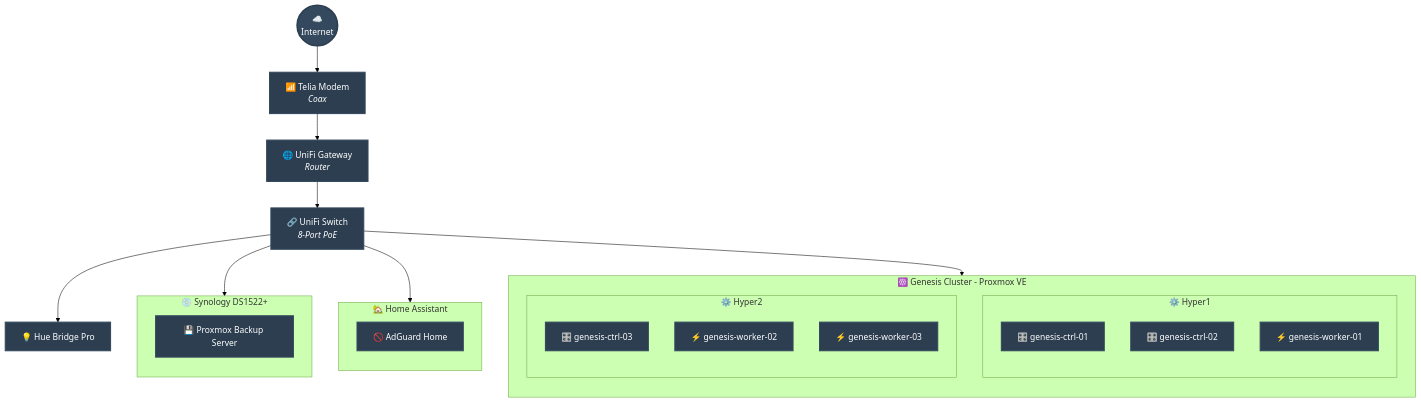
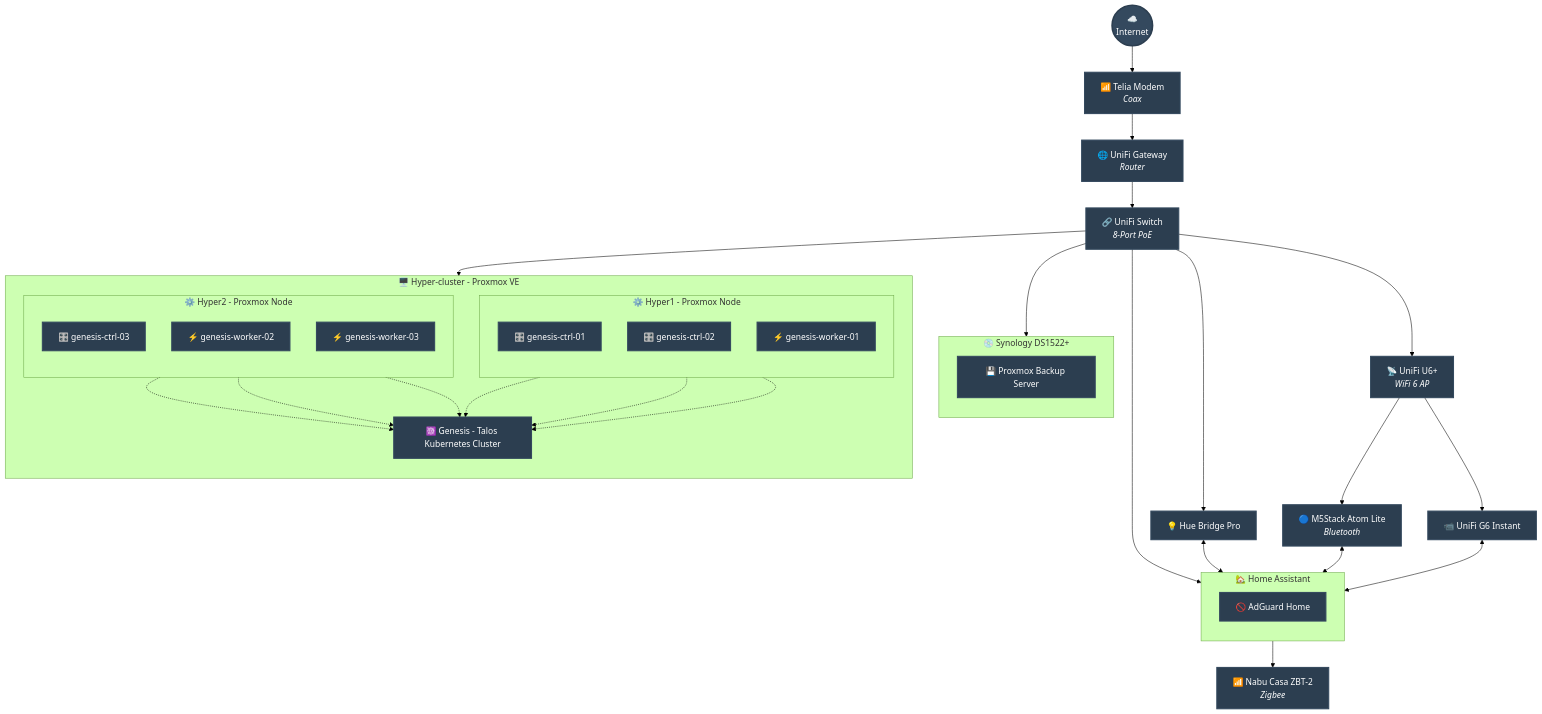
Before and after one commit to mortennordbye/homelab: the diagram in README.md, drawn with Mermaid (forest theme). The commit also changed other lines of this file, not shown here.

Commit message:
docs(readme): enhance project description and structure

````diff
--- a/README.md
+++ b/README.md
@@ -7,55 +13,74 @@
 ```mermaid
 graph TD
     %% Monochrome Professional Styling
     classDef default fill:#2c3e50,stroke:#34495e,stroke-width:2px,color:#fff;
     classDef internet fill:#34495e,stroke:#2c3e50,stroke-width:3px,color:#fff;
     classDef subgraphStyle fill:#ecf0f1,stroke:#95a5a6,stroke-width:2px,color:#2c3e50;
 
     %% Network Core
     WEB(("☁️<br/>Internet")):::internet
     MDM["📶 Telia Modem<br/><i>Coax</i>"]
     UCG["🌐 UniFi Gateway<br/><i>Router</i>"]
     SW["🔗 UniFi Switch<br/><i>8-Port PoE</i>"]
 
     WEB --> MDM
     MDM --> UCG
     UCG --> SW
 
     %% Storage
     subgraph NAS["💿 Synology DS1522+"]
         direction TB
         PBS["💾 Proxmox Backup Server"]
     end
     SW --> NAS
 
     %% Home Automation
     subgraph HA_Box["🏡 Home Assistant"]
         direction TB
         AGH["🚫 AdGuard Home"]
     end
     SW --> HA_Box
 
-    %% Kubernetes Cluster
-    subgraph Cluster["☸️ Genesis Cluster - Proxmox VE"]
+    %% Proxmox Cluster
+    subgraph HyperCluster["🖥️ Hyper-cluster - Proxmox VE"]
         direction TB
 
-        subgraph H1["⚙️ Hyper1"]
+        subgraph H1["⚙️ Hyper1 - Proxmox Node"]
             direction TB
             C1["🎛️ genesis-ctrl-01"]
             C2["🎛️ genesis-ctrl-02"]
             W1["⚡ genesis-worker-01"]
         end
 
-        subgraph H2["⚙️ Hyper2"]
+        subgraph H2["⚙️ Hyper2 - Proxmox Node"]
             direction TB
             C3["🎛️ genesis-ctrl-03"]
             W2["⚡ genesis-worker-02"]
             W3["⚡ genesis-worker-03"]
         end
+
+        K8S["☸️ Genesis - Talos Kubernetes Cluster"]
+        C1 -.-> K8S
+        C2 -.-> K8S
+        C3 -.-> K8S
+        W1 -.-> K8S
+        W2 -.-> K8S
+        W3 -.-> K8S
     end
-    SW --> Cluster
+    SW --> HyperCluster
 
-    %% IoT Devices
+    %% Access Point
+    AP["📡 UniFi U6+<br/><i>WiFi 6 AP</i>"]
+    SW --> AP
+
+    %% IoT & Smart Home Devices
     HUE["💡 Hue Bridge Pro"]
-    SW --> HUE
+    ZBT["📶 Nabu Casa ZBT-2<br/><i>Zigbee</i>"]
+    BLE["🔵 M5Stack Atom Lite<br/><i>Bluetooth</i>"]
+    CAM["📹 UniFi G6 Instant"]
+
+    SW --> HUE <--> HA_Box
+    AP --> BLE <--> HA_Box
+    AP --> CAM <--> HA_Box
+    HA_Box --> ZBT
 ```
````
